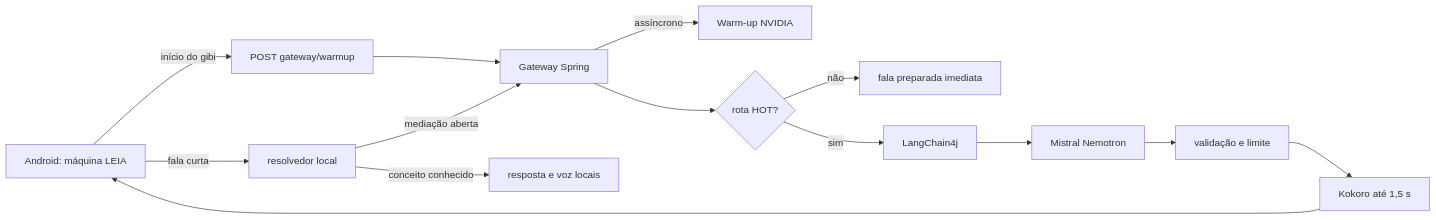
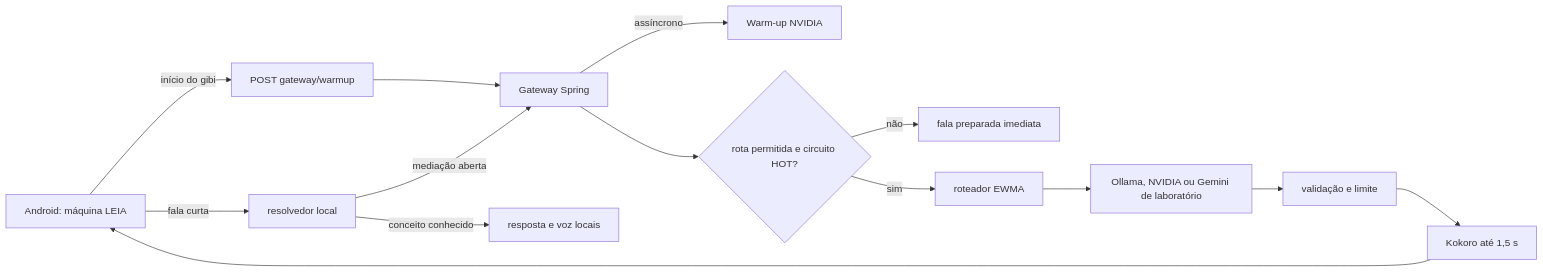
Before and after one commit to Victorzinn704/InterpretaAI: the first of 3 diagrams in docs/AI_GATEWAY_HOT_PATH.md, drawn with Mermaid. The commit also changed other lines of this file and 18 other files, not shown here.

````diff
--- a/docs/AI_GATEWAY_HOT_PATH.md
+++ b/docs/AI_GATEWAY_HOT_PATH.md
@@ -11,16 +11,16 @@
 ```mermaid
 flowchart LR
     A[Android: máquina LEIA] -->|início do gibi| B[POST gateway/warmup]
     B --> C[Gateway Spring]
     C -->|assíncrono| D[Warm-up NVIDIA]
     A -->|fala curta| E[resolvedor local]
     E -->|conceito conhecido| F[resposta e voz locais]
     E -->|mediação aberta| C
-    C --> G{rota HOT?}
+    C --> G{rota permitida e circuito HOT?}
     G -->|não| H[fala preparada imediata]
-    G -->|sim| I[LangChain4j]
-    I --> J[Mistral Nemotron]
+    G -->|sim| I[roteador EWMA]
+    I --> J[Ollama, NVIDIA ou Gemini de laboratório]
     J --> K[validação e limite]
     K --> L[Kokoro até 1,5 s]
     L --> A
 ```
````
